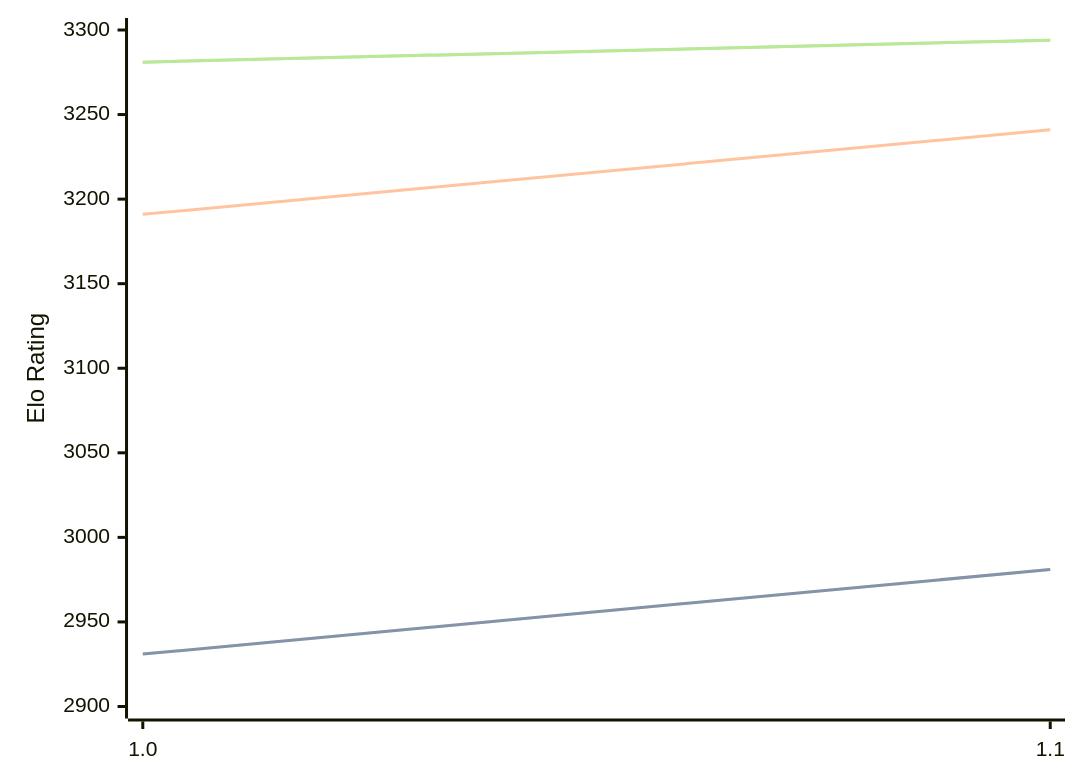
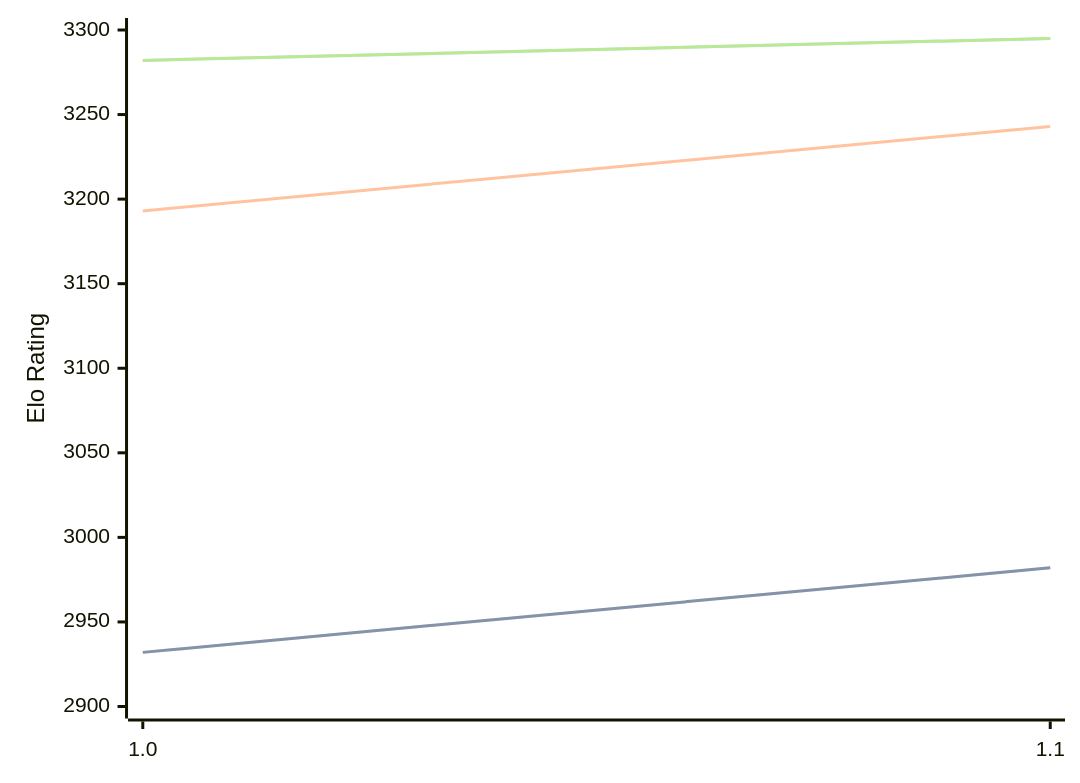
Before and after one commit to computer-chess-index/cci: the diagram in engines/RodentV.md, drawn with Mermaid. The commit also changed other lines of this file, not shown here.

Commit message:
Update CCI Ratings (ELO VLTC) - 2026-08-26

````diff
--- a/engines/RodentV.md
+++ b/engines/RodentV.md
@@ -32,11 +32,11 @@
 ```mermaid
 %%{init: {"theme":"base","themeVariables":{"seriesColors:['#a3a3a3','#222221','#faa371']}}}%%
 xychart-beta
   x-axis ["1.0", "1.1"]
   y-axis "Elo Rating" 2900 --> 3300
-  line "STC (8.0+0.08s)" [2931, 2981]
-  line "STC (8.0+0.08s)" [2931, 2981]
-  line "LTC (60.0+0.60s)" [3191, 3241]
-  line "VLTC (2m24s+1.12s)" [3281, 3294]
-  line "VLTC (2m24s+1.12s)" [3281, 3294]
+  line "STC (8.0+0.08s)" [2932, 2982]
+  line "STC (8.0+0.08s)" [2932, 2982]
+  line "LTC (60.0+0.60s)" [3193, 3243]
+  line "VLTC (2m24s+1.12s)" [3282, 3295]
+  line "VLTC (2m24s+1.12s)" [3282, 3295]
 ```
````
